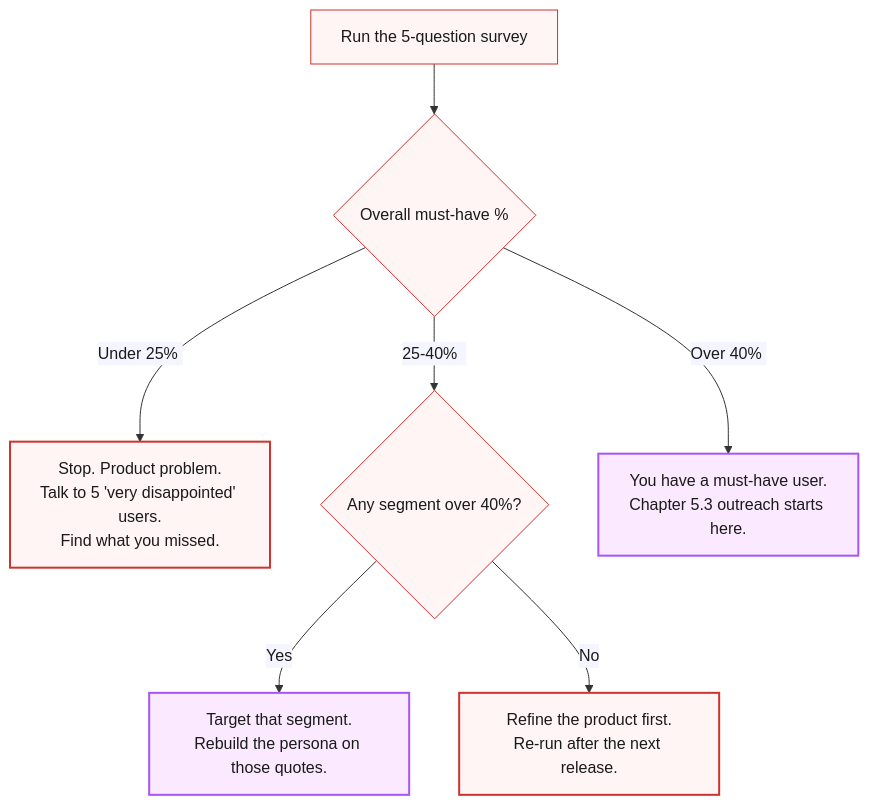
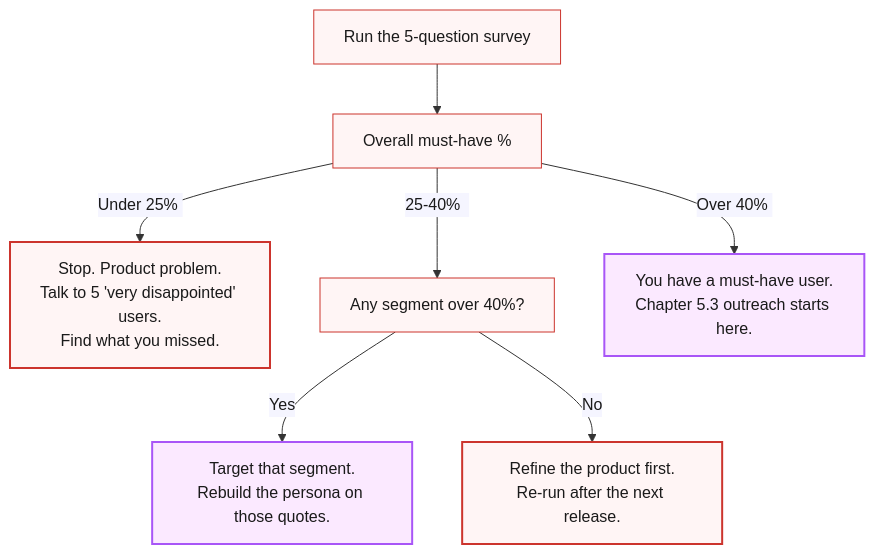
Before and after one commit to jetthoughts/jetthoughts.github.io: the diagram in content/course/tech-for-non-technical-founders-2026/must-have-segment-pmf-test/index.md, drawn with Mermaid. The commit also changed 27 other files, not shown here.

First line of the commit message:
fix(course): M5 design wave - Caveat webfont root-cause fix, semantic recolors, diagram + template alignment

````diff
--- a/content/course/tech-for-non-technical-founders-2026/must-have-segment-pmf-test/index.md
+++ b/content/course/tech-for-non-technical-founders-2026/must-have-segment-pmf-test/index.md
@@ -141,14 +141,14 @@
 ```mermaid
-%%{init: {'theme':'base', 'themeVariables': {'fontFamily':'Caveat, Patrick Hand, cursive', 'primaryColor':'#fff5f5', 'primaryBorderColor':'#cc342d', 'lineColor':'#333', 'primaryTextColor':'#1a1a1a'}}}%%
+%%{init: {'theme':'base', 'themeVariables': {'fontFamily':'Caveat, Patrick Hand, Comic Sans MS, cursive', 'primaryColor':'#fff5f5', 'primaryBorderColor':'#cc342d', 'lineColor':'#333', 'primaryTextColor':'#1a1a1a'}}}%%
 flowchart TD
-    A[Run the 5-question survey] --> B{Overall must-have %}
+    A[Run the 5-question survey] --> B[Overall must-have %]
     B -->|Under 25%&nbsp;| C[Stop. Product problem.<br/>Talk to 5 'very disappointed' users.<br/>Find what you missed.]
-    B -->|25-40%&nbsp;&nbsp;| D{Any segment over 40%?}
+    B -->|25-40%&nbsp;&nbsp;| D[Any segment over 40%?]
     B -->|Over 40%&nbsp;| E[You have a must-have user.<br/>Chapter 5.3 outreach starts here.]
     D -->|Yes| F[Target that segment.<br/>Rebuild the persona on those quotes.]
     D -->|No| G[Refine the product first.<br/>Re-run after the next release.]
     classDef redbox fill:#fff5f5,stroke:#cc342d,stroke-width:2px;
     classDef purplebox fill:#fbe9ff,stroke:#a855f7,stroke-width:2px;
     class C,G redbox;
     class E,F purplebox;
 ```
````
